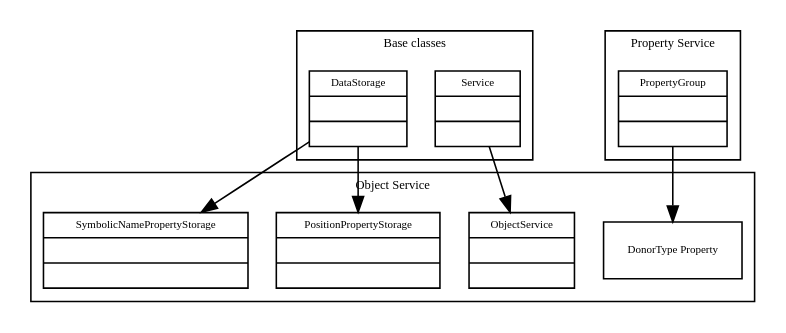
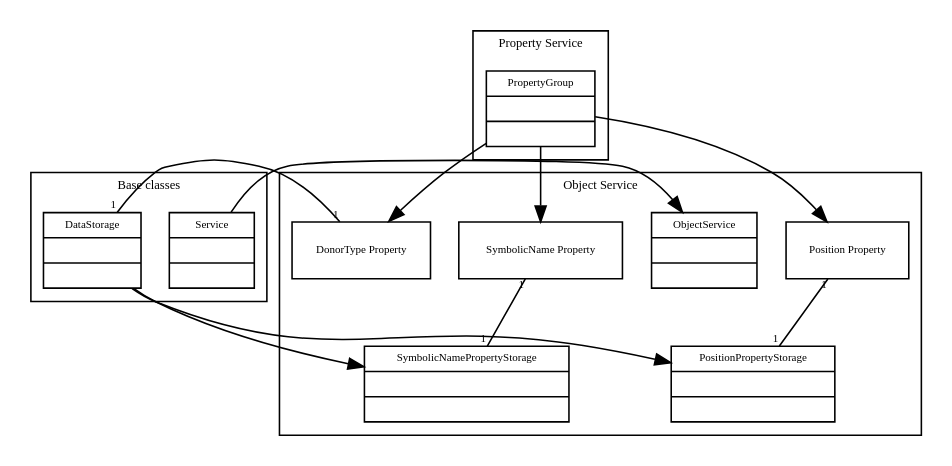
The diagram in doc/src/objsvc.dot (volca02/openDarkEngine), drawn with Graphviz before and after one commit. The commit also changed 2 other files, not shown here.

```diff
--- a/doc/src/objsvc.dot
+++ b/doc/src/objsvc.dot
@@ -1,64 +1,83 @@
 digraph G {
 	fontname = "Bitstream Vera Sans"
 	fontsize = 8
 	
 	node [
 		fontname = "Bitstream Vera Sans"
 		fontsize = 7
 		shape = "record"	
 	]
 	
 	edge [
 		fontname = "Bitstream Vera Sans"
 		fontsize = 7
 	]
 	
 	
 	subgraph  clusterBase {
 		label = "Base classes"
 	
 		Service [
 			label = "{Service||}"
 		]
 	
 		DataStorage [
 			label = "{DataStorage||}"
 		]
 	}
 		
 	subgraph  clusterPropSvc {
 		label = "Property Service"
 	
 		PropertyGroup [
 			label = "{PropertyGroup||}"
 		]
 	}	
 
 	subgraph  clusterObjSvc {
 		label = "Object Service"
 
 		ObjectSvc [
 			label = "{ObjectService||}"
 		]
 	
 		SymNamePropStorage [
 			label = "{SymbolicNamePropertyStorage||}"
 		]
 
 		PositionPropStorage [
 			label = "{PositionPropertyStorage||}"
 		]
 		
 		DonorTypeProperty [
 			label = "{DonorType Property}"
 		]
+		
+		SymNameProperty [
+			label = "{SymbolicName Property}"
+		]
+		
+		PositionProperty [
+			label = "{Position Property}"
+		]
 	}
 	
 	DataStorage -> SymNamePropStorage
 	DataStorage -> PositionPropStorage
 	PropertyGroup -> DonorTypeProperty
+	PropertyGroup -> SymNameProperty
+	PropertyGroup -> PositionProperty
 	
 	Service -> ObjectSvc
 	
+	edge [
+		arrowhead = "none"
 
+		headlabel = "1"
+		taillabel = "1"
+	]
+	
+	SymNameProperty -> SymNamePropStorage
+	PositionProperty -> PositionPropStorage
+	DonorTypeProperty -> DataStorage
 }
```
